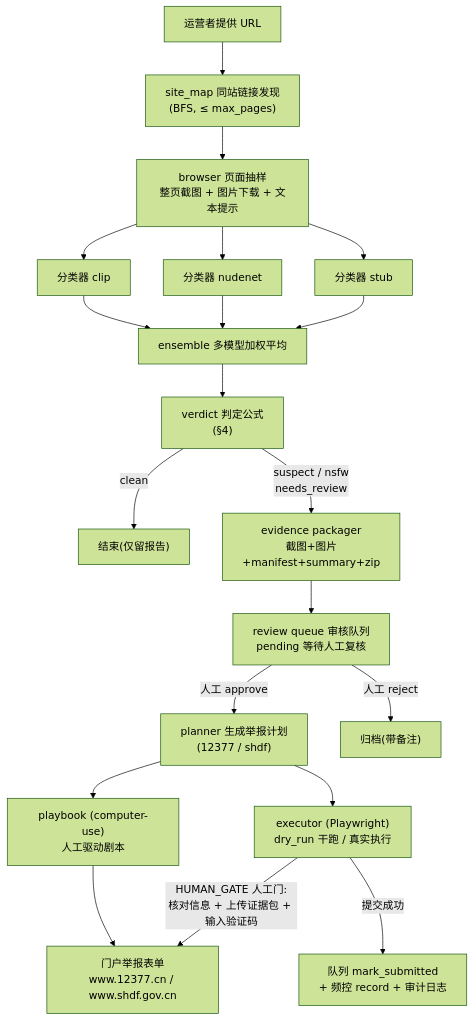
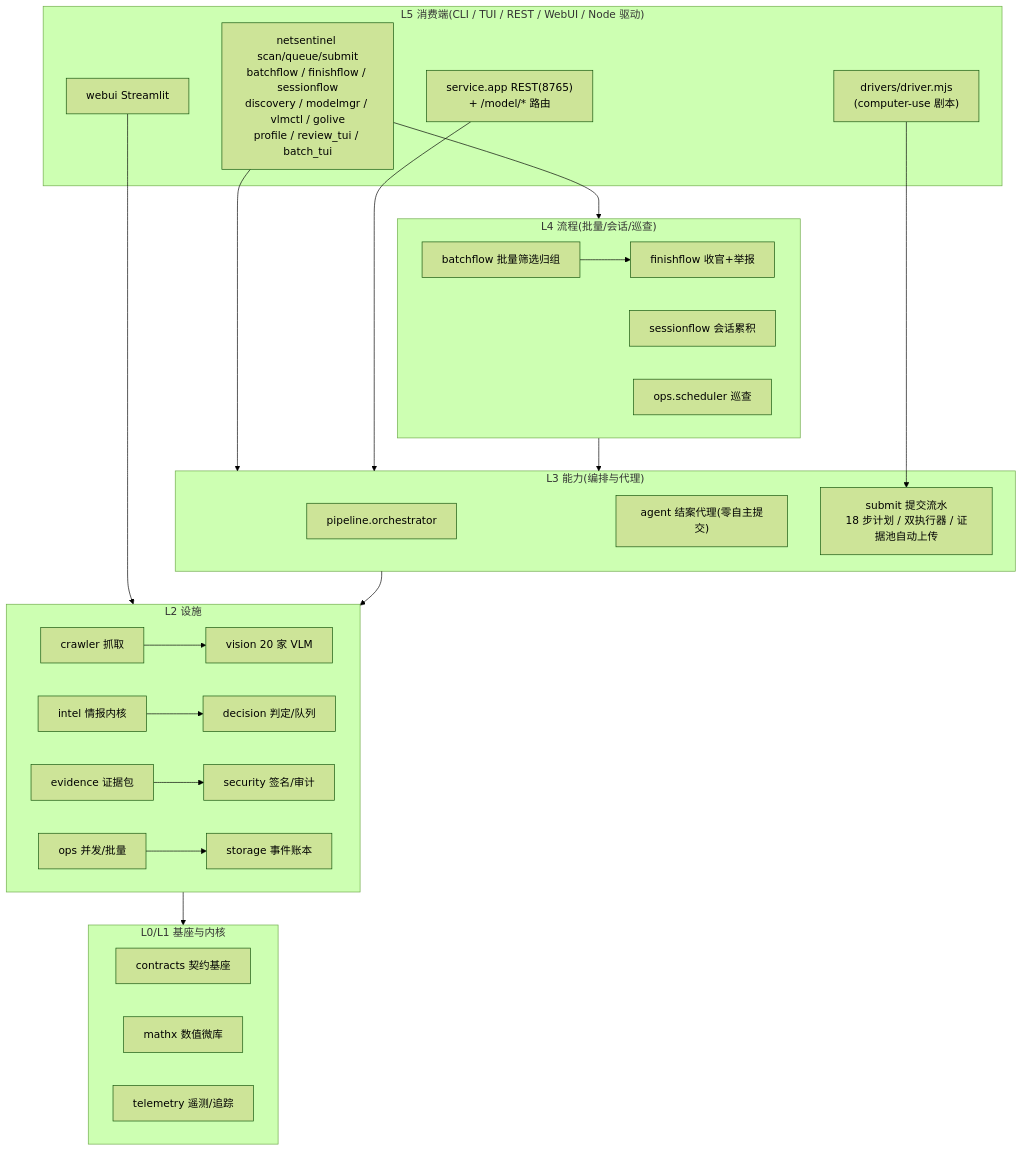
Before and after one commit to beijingwahw/netsentinel: the diagram in README.md, drawn with Mermaid (forest theme). The commit also changed other lines of this file and 208 other files, not shown here.

````diff
--- a/README.md
+++ b/README.md
@@ -28,22 +168,35 @@
 ```mermaid
 flowchart TD
-    URL["运营者提供 URL"] --> SM["site_map 同站链接发现<br/>(BFS, ≤ max_pages)"]
-    SM --> BR["browser 页面抽样<br/>整页截图 + 图片下载 + 文本提示"]
-    BR --> C1["分类器 stub"]
-    BR --> C2["分类器 nudenet"]
-    BR --> C3["分类器 clip"]
-    C1 --> EN["ensemble 多模型加权平均"]
-    C2 --> EN
-    C3 --> EN
-    EN --> VD["verdict 判定公式<br/>(§4)"]
-    VD -- "clean" --> DONE["结束(仅留报告)"]
-    VD -- "suspect / nsfw<br/>needs_review" --> EP["evidence packager<br/>截图+图片+manifest+summary+zip"]
-    EP --> RQ["review queue 审核队列<br/>pending 等待人工复核"]
-    RQ -- "人工 approve" --> PL["planner 生成举报计划<br/>(12377 / shdf)"]
-    RQ -- "人工 reject" --> DONE2["归档(带备注)"]
-    PL --> EX["executor (Playwright)<br/>dry_run 干跑 / 真实执行"]
-    PL --> PB["playbook (computer-use)<br/>人工驱动剧本"]
-    EX -- "HUMAN_GATE 人工门:<br/>核对信息 + 上传证据包 + 输入验证码" --> PT["门户举报表单<br/>www.12377.cn / www.shdf.gov.cn"]
-    PB --> PT
-    EX -- "提交成功" --> MS["队列 mark_submitted<br/>+ 频控 record + 审计日志"]
+    subgraph L5["L5 消费端(CLI / TUI / REST / WebUI / Node 驱动)"]
+        CLI["netsentinel scan/queue/submit<br/>batchflow / finishflow / sessionflow<br/>discovery / modelmgr / vlmctl / golive<br/>profile / review_tui / batch_tui"]
+        SVC["service.app REST(8765)<br/>+ /model/* 路由"]
+        WEB["webui Streamlit"]
+        DRV["drivers/driver.mjs<br/>(computer-use 剧本)"]
+    end
+    subgraph L4["L4 流程(批量/会话/巡查)"]
+        BF["batchflow 批量筛选归组"] --> FF["finishflow 收官+举报"]
+        SF["sessionflow 会话累积"]
+        SCHED["ops.scheduler 巡查"]
+    end
+    subgraph L3["L3 能力(编排与代理)"]
+        ORC["pipeline.orchestrator"]
+        AG["agent 结案代理(零自主提交)"]
+        SUB["submit 提交流水<br/>18 步计划 / 双执行器 / 证据池自动上传"]
+    end
+    subgraph L2["L2 设施"]
+        CR["crawler 抓取"] --> VI["vision 20 家 VLM"]
+        IN["intel 情报内核"] --> DE["decision 判定/队列"]
+        EV["evidence 证据包"] --> SEC["security 签名/审计"]
+        OPS["ops 并发/批量"] --> ST["storage 事件账本"]
+    end
+    subgraph L0L1["L0/L1 基座与内核"]
+        CT["contracts 契约基座"] 
+        MX["mathx 数值微库"]
+        TL["telemetry 遥测/追踪"]
+    end
+    CLI --> L4 & L3
+    SVC --> L3
+    WEB --> L2
+    DRV --> SUB
+    L4 --> L3 --> L2 --> L0L1
 ```
````
